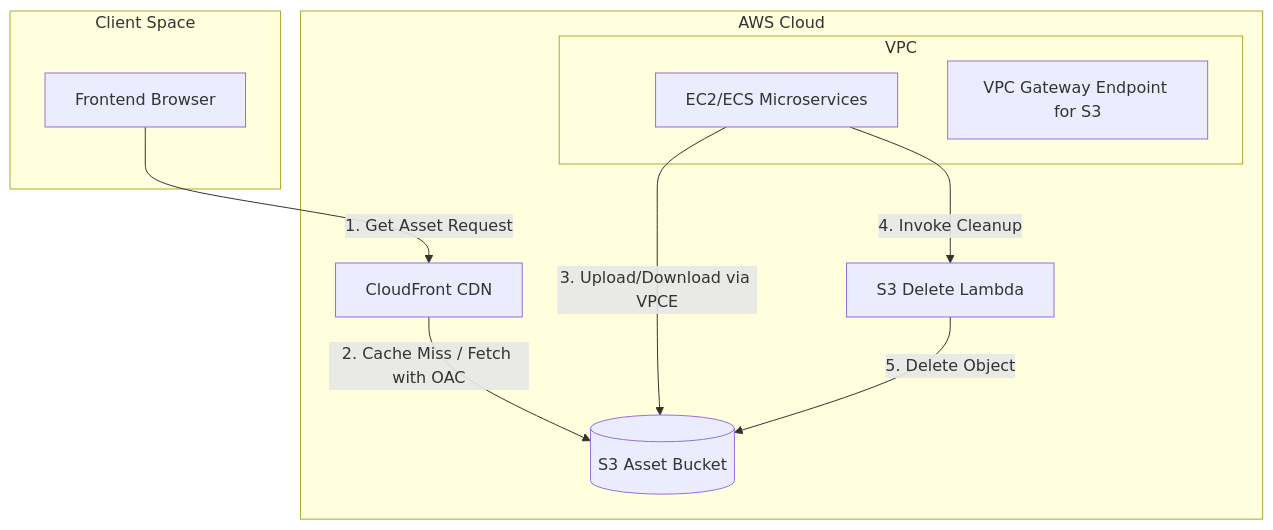
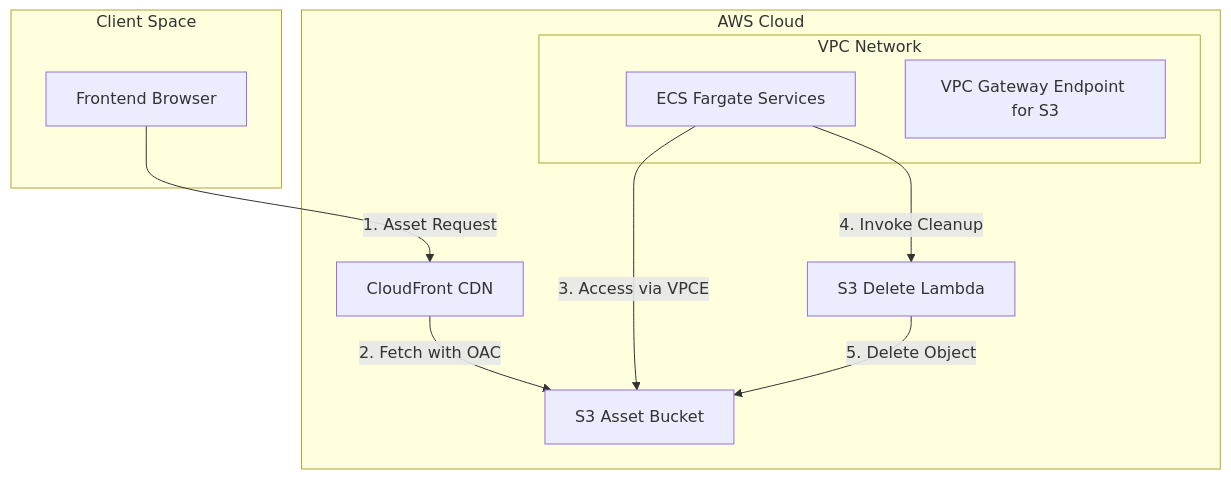
The diagram in docs/s3_storage.md (valivarthi007/sunotal_fullstk), drawn with Mermaid before and after one commit. The commit also changed 14 other files, not shown here.

Commit message:
docs: fix mermaid architecture diagram syntax across all documentation files

````diff
--- a/docs/s3_storage.md
+++ b/docs/s3_storage.md
@@ -17,23 +17,23 @@
 ```mermaid
 graph TD
-    subgraph Client Space
-        Client[Frontend Browser]
+    subgraph ClientSpace["Client Space"]
+        Client["Frontend Browser"]
     end
 
-    subgraph AWS Cloud
-        CF[CloudFront CDN]
-        S3[(S3 Asset Bucket)]
-        Lambda[S3 Delete Lambda]
+    subgraph AWSCloud["AWS Cloud"]
+        CF["CloudFront CDN"]
+        S3["S3 Asset Bucket"]
+        Lambda["S3 Delete Lambda"]
         
-        subgraph VPC
-            EC2[EC2/ECS Microservices]
-            VPCE[VPC Gateway Endpoint for S3]
+        subgraph VPC["VPC Network"]
+            EC2["ECS Fargate Services"]
+            VPCE["VPC Gateway Endpoint for S3"]
         end
     end
 
-    Client -->|1. Get Asset Request| CF
-    CF -->|2. Cache Miss / Fetch with OAC| S3
-    EC2 -->|3. Upload/Download via VPCE| S3
-    EC2 -->|4. Invoke Cleanup| Lambda
-    Lambda -->|5. Delete Object| S3
+    Client -->|"1. Asset Request"| CF
+    CF -->|"2. Fetch with OAC"| S3
+    EC2 -->|"3. Access via VPCE"| S3
+    EC2 -->|"4. Invoke Cleanup"| Lambda
+    Lambda -->|"5. Delete Object"| S3
 ```
````
